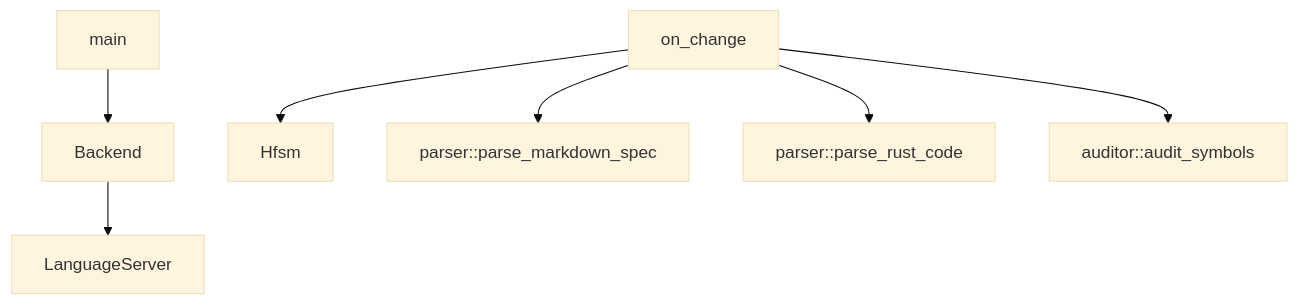
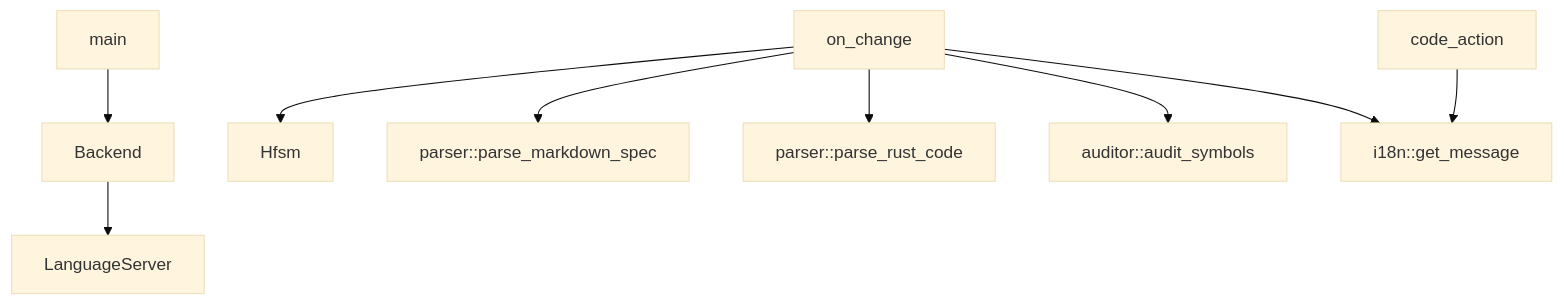
One commit to DovahkiinYuzuko/DocsAuditor changed the diagram in docs/variables'n'functions/[Rust]main.md. Above: the diagram before and after it, drawn with Mermaid (base theme). The commit also changed other lines of this file and 8 other files, not shown here.

````diff
--- a/docs/variables'n'functions/[Rust]main.md
+++ b/docs/variables'n'functions/[Rust]main.md
@@ -44,9 +47,11 @@
 ```mermaid
 graph TD
     main --> Backend
     Backend --> LanguageServer
     on_change --> Hfsm
     on_change --> parser::parse_markdown_spec
     on_change --> parser::parse_rust_code
     on_change --> auditor::audit_symbols
+    on_change --> i18n::get_message
+    code_action --> i18n::get_message
 ```
````
